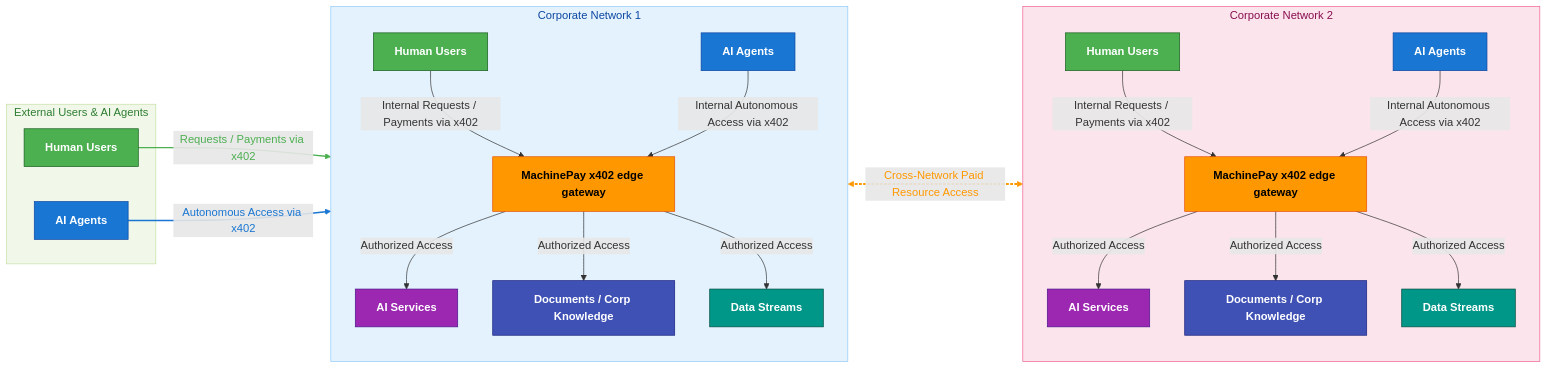
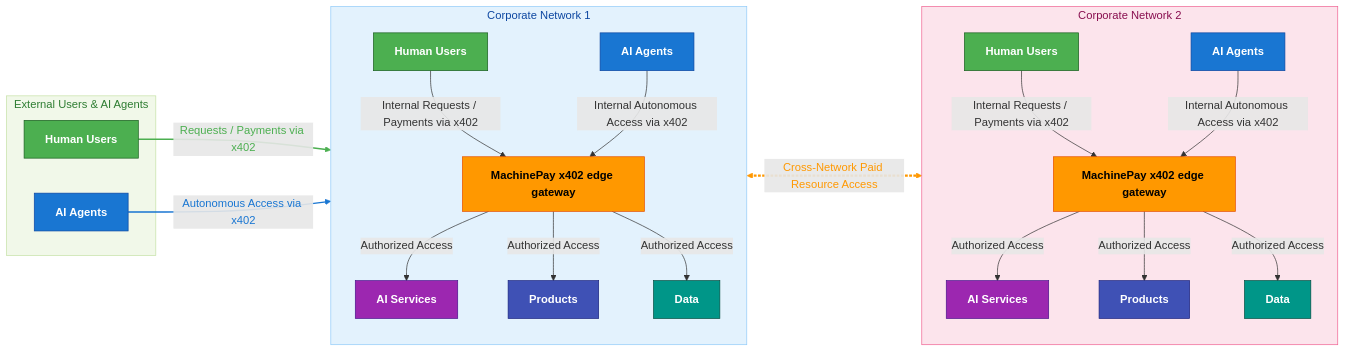
The diagram in README.md (skalenetwork/machinepal), drawn with Mermaid before and after one commit.

Commit message:
Refine README network diagrams for clarity and consistency

```diff
--- a/README.md
+++ b/README.md
@@ -83,8 +83,8 @@
         direction TB
         MP["MachinePay x402 edge gateway"]
         AI1["AI Services"]
-        AI2["Documents / Corp Knowledge"]
-        AI3["Data Streams"]
+        AI2["Products"]
+        AI3["Data"]
         HU1["Human Users"]
         HA1["AI Agents"]
     end
@@ -94,8 +94,8 @@
         direction TB
         MP2["MachinePay x402 edge gateway"]
         AI1B["AI Services"]
-        AI2B["Documents / Corp Knowledge"]
-        AI3B["Data Streams"]
+        AI2B["Products"]
+        AI3B["Data"]
         HU2["Human Users"]
         HA2["AI Agents"]
     end
```
